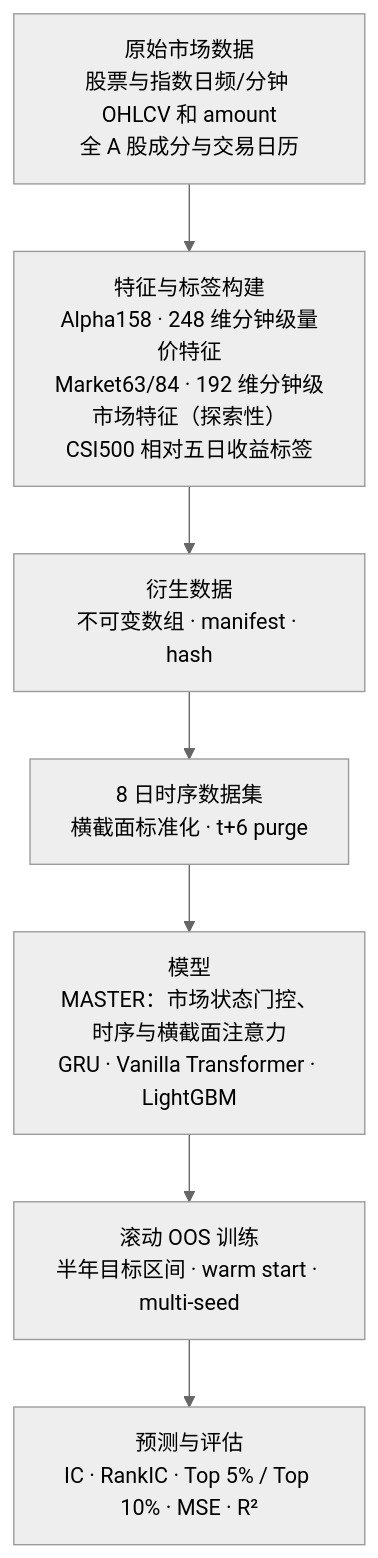
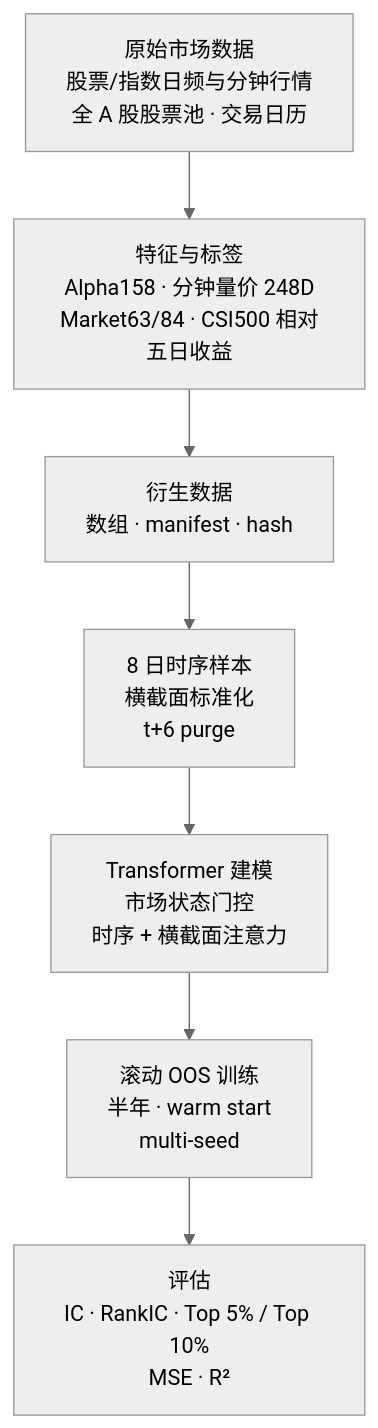
One commit to whrit/end-to-end-stock-transformer changed the diagram in README.zh-CN.md. Above: the diagram before and after it, drawn with Mermaid (neutral theme). The commit also changed other lines of this file and 13 other files, not shown here.

````diff
--- a/README.zh-CN.md
+++ b/README.zh-CN.md
@@ -20,11 +22,11 @@
 ```mermaid
 flowchart TD
-    A["原始市场数据<br/>股票与指数日频/分钟 OHLCV 和 amount<br/>全 A 股成分与交易日历"]
-    B["特征与标签构建<br/>Alpha158 · 248 维分钟级量价特征<br/>Market63/84 · 192 维分钟级市场特征（探索性）<br/>CSI500 相对五日收益标签"]
-    C["衍生数据<br/>不可变数组 · manifest · hash"]
-    D["8 日时序数据集<br/>横截面标准化 · t+6 purge"]
-    E["模型<br/>MASTER：市场状态门控、时序与横截面注意力<br/>GRU · Vanilla Transformer · LightGBM"]
-    F["滚动 OOS 训练<br/>半年目标区间 · warm start · multi-seed"]
-    G["预测与评估<br/>IC · RankIC · Top 5% / Top 10% · MSE · R²"]
+    A["原始市场数据<br/>股票/指数日频与分钟行情<br/>全 A 股股票池 · 交易日历"]
+    B["特征与标签<br/>Alpha158 · 分钟量价 248D<br/>Market63/84 · CSI500 相对五日收益"]
+    C["衍生数据<br/>数组 · manifest · hash"]
+    D["8 日时序样本<br/>横截面标准化<br/>t+6 purge"]
+    E["Transformer 建模<br/>市场状态门控<br/>时序 + 横截面注意力"]
+    F["滚动 OOS 训练<br/>半年 · warm start<br/>multi-seed"]
+    G["评估<br/>IC · RankIC · Top 5% / Top 10%<br/>MSE · R²"]
     A --> B --> C --> D --> E --> F --> G
 ```
````
